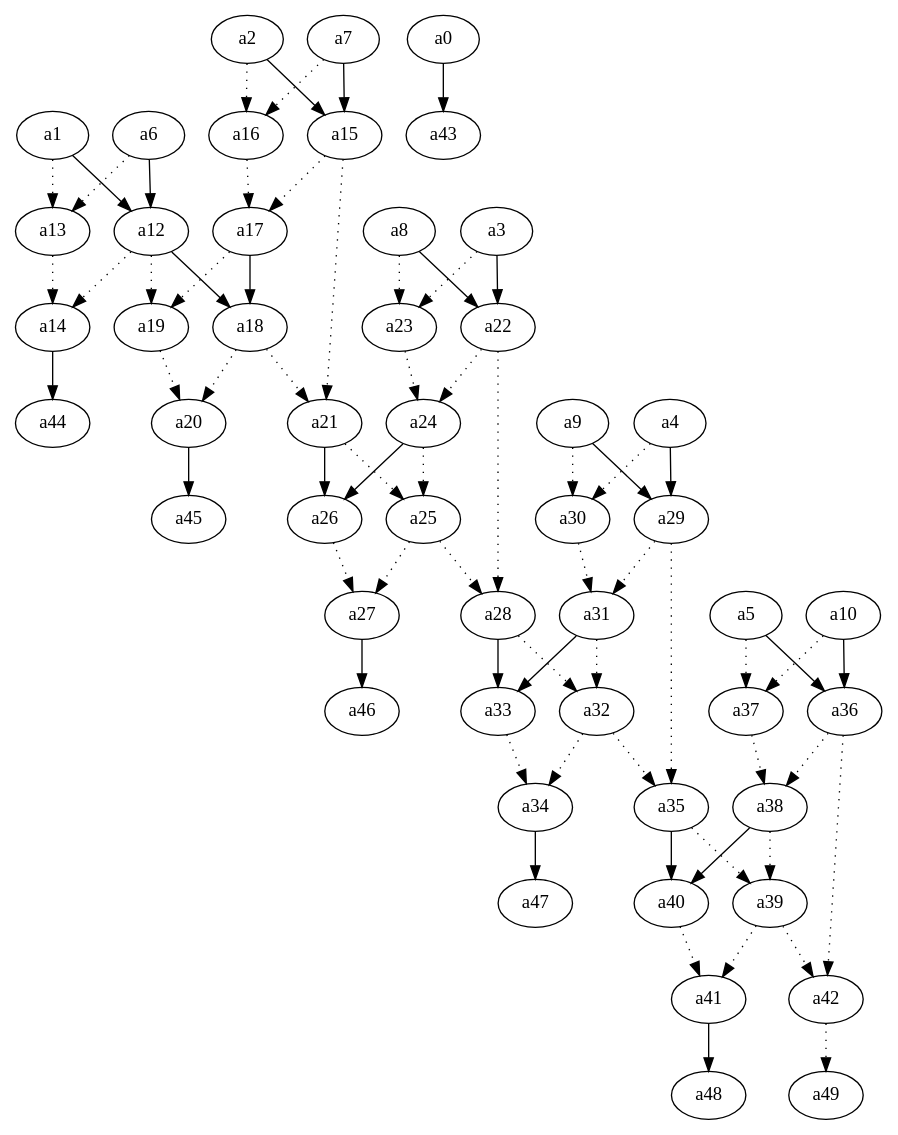
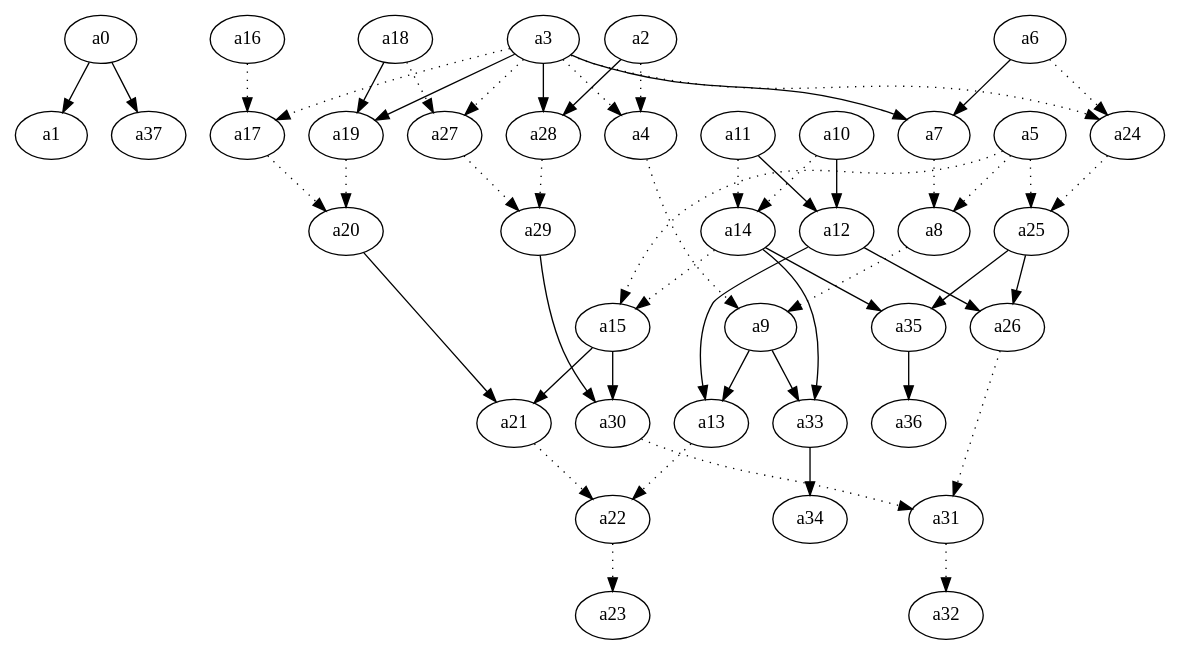
One commit to gordon0813/LSV-PA changed the diagram in src/ext-cad/test.dot. Above: the diagram before and after it, drawn with Graphviz. The commit also changed 1266 other files, not shown here.

```diff
--- a/src/ext-cad/test.dot
+++ b/src/ext-cad/test.dot
@@ -1,71 +1,54 @@
 digraph G1 {
- a1 ->  a12[ label="" ,color= "black"];
- a6 ->  a12[ label="" ,color= "black"];
- a1 ->  a13[ label=""  ,style=dotted,color= "black"];
- a6 ->  a13[ label=""  ,style=dotted,color= "black"];
- a12 ->  a14[ label=""  ,style=dotted,color= "black"];
- a13 ->  a14[ label=""  ,style=dotted,color= "black"];
- a2 ->  a15[ label="" ,color= "black"];
- a7 ->  a15[ label="" ,color= "black"];
- a2 ->  a16[ label=""  ,style=dotted,color= "black"];
- a7 ->  a16[ label=""  ,style=dotted,color= "black"];
- a15 ->  a17[ label=""  ,style=dotted,color= "black"];
+ a0 ->  a1[ label="" ,color= "black"];
+ a2 ->  a4[ label=""  ,style=dotted,color= "black"];
+ a3 ->  a4[ label=""  ,style=dotted,color= "black"];
+ a3 ->  a7[ label="" ,color= "black"];
+ a6 ->  a7[ label="" ,color= "black"];
+ a5 ->  a8[ label=""  ,style=dotted,color= "black"];
+ a7 ->  a8[ label=""  ,style=dotted,color= "black"];
+ a4 ->  a9[ label=""  ,style=dotted,color= "black"];
+ a8 ->  a9[ label=""  ,style=dotted,color= "black"];
+ a10 ->  a12[ label="" ,color= "black"];
+ a11 ->  a12[ label="" ,color= "black"];
+ a9 ->  a13[ label="" ,color= "black"];
+ a12 ->  a13[ label="" ,color= "black"];
+ a10 ->  a14[ label=""  ,style=dotted,color= "black"];
+ a11 ->  a14[ label=""  ,style=dotted,color= "black"];
+ a5 ->  a15[ label=""  ,style=dotted,color= "black"];
+ a14 ->  a15[ label=""  ,style=dotted,color= "black"];
+ a3 ->  a17[ label=""  ,style=dotted,color= "black"];
  a16 ->  a17[ label=""  ,style=dotted,color= "black"];
- a12 ->  a18[ label="" ,color= "black"];
- a17 ->  a18[ label="" ,color= "black"];
- a12 ->  a19[ label=""  ,style=dotted,color= "black"];
- a17 ->  a19[ label=""  ,style=dotted,color= "black"];
- a18 ->  a20[ label=""  ,style=dotted,color= "black"];
+ a3 ->  a19[ label="" ,color= "black"];
+ a18 ->  a19[ label="" ,color= "black"];
+ a17 ->  a20[ label=""  ,style=dotted,color= "black"];
  a19 ->  a20[ label=""  ,style=dotted,color= "black"];
- a15 ->  a21[ label=""  ,style=dotted,color= "black"];
- a18 ->  a21[ label=""  ,style=dotted,color= "black"];
- a3 ->  a22[ label="" ,color= "black"];
- a8 ->  a22[ label="" ,color= "black"];
- a3 ->  a23[ label=""  ,style=dotted,color= "black"];
- a8 ->  a23[ label=""  ,style=dotted,color= "black"];
- a22 ->  a24[ label=""  ,style=dotted,color= "black"];
- a23 ->  a24[ label=""  ,style=dotted,color= "black"];
- a21 ->  a25[ label=""  ,style=dotted,color= "black"];
+ a15 ->  a21[ label="" ,color= "black"];
+ a20 ->  a21[ label="" ,color= "black"];
+ a13 ->  a22[ label=""  ,style=dotted,color= "black"];
+ a21 ->  a22[ label=""  ,style=dotted,color= "black"];
+ a22 ->  a23[ label=""  ,style=dotted,color= "black"];
+ a3 ->  a24[ label=""  ,style=dotted,color= "black"];
+ a6 ->  a24[ label=""  ,style=dotted,color= "black"];
+ a5 ->  a25[ label=""  ,style=dotted,color= "black"];
  a24 ->  a25[ label=""  ,style=dotted,color= "black"];
- a21 ->  a26[ label="" ,color= "black"];
- a24 ->  a26[ label="" ,color= "black"];
- a25 ->  a27[ label=""  ,style=dotted,color= "black"];
- a26 ->  a27[ label=""  ,style=dotted,color= "black"];
- a22 ->  a28[ label=""  ,style=dotted,color= "black"];
- a25 ->  a28[ label=""  ,style=dotted,color= "black"];
- a4 ->  a29[ label="" ,color= "black"];
- a9 ->  a29[ label="" ,color= "black"];
- a4 ->  a30[ label=""  ,style=dotted,color= "black"];
- a9 ->  a30[ label=""  ,style=dotted,color= "black"];
- a29 ->  a31[ label=""  ,style=dotted,color= "black"];
+ a12 ->  a26[ label="" ,color= "black"];
+ a25 ->  a26[ label="" ,color= "black"];
+ a3 ->  a27[ label=""  ,style=dotted,color= "black"];
+ a18 ->  a27[ label=""  ,style=dotted,color= "black"];
+ a2 ->  a28[ label="" ,color= "black"];
+ a3 ->  a28[ label="" ,color= "black"];
+ a27 ->  a29[ label=""  ,style=dotted,color= "black"];
+ a28 ->  a29[ label=""  ,style=dotted,color= "black"];
+ a15 ->  a30[ label="" ,color= "black"];
+ a29 ->  a30[ label="" ,color= "black"];
+ a26 ->  a31[ label=""  ,style=dotted,color= "black"];
  a30 ->  a31[ label=""  ,style=dotted,color= "black"];
- a28 ->  a32[ label=""  ,style=dotted,color= "black"];
  a31 ->  a32[ label=""  ,style=dotted,color= "black"];
- a28 ->  a33[ label="" ,color= "black"];
- a31 ->  a33[ label="" ,color= "black"];
- a32 ->  a34[ label=""  ,style=dotted,color= "black"];
- a33 ->  a34[ label=""  ,style=dotted,color= "black"];
- a29 ->  a35[ label=""  ,style=dotted,color= "black"];
- a32 ->  a35[ label=""  ,style=dotted,color= "black"];
- a5 ->  a36[ label="" ,color= "black"];
- a10 ->  a36[ label="" ,color= "black"];
- a5 ->  a37[ label=""  ,style=dotted,color= "black"];
- a10 ->  a37[ label=""  ,style=dotted,color= "black"];
- a36 ->  a38[ label=""  ,style=dotted,color= "black"];
- a37 ->  a38[ label=""  ,style=dotted,color= "black"];
- a35 ->  a39[ label=""  ,style=dotted,color= "black"];
- a38 ->  a39[ label=""  ,style=dotted,color= "black"];
- a35 ->  a40[ label="" ,color= "black"];
- a38 ->  a40[ label="" ,color= "black"];
- a39 ->  a41[ label=""  ,style=dotted,color= "black"];
- a40 ->  a41[ label=""  ,style=dotted,color= "black"];
- a36 ->  a42[ label=""  ,style=dotted,color= "black"];
- a39 ->  a42[ label=""  ,style=dotted,color= "black"];
- a0 ->  a43[ label="" ,color= "black"];
- a14 ->  a44[ label="" ,color= "black"];
- a20 ->  a45[ label="" ,color= "black"];
- a27 ->  a46[ label="" ,color= "black"];
- a34 ->  a47[ label="" ,color= "black"];
- a41 ->  a48[ label="" ,color= "black"];
- a42 ->  a49[ label=""  ,style=dotted,color= "black"];
+ a9 ->  a33[ label="" ,color= "black"];
+ a14 ->  a33[ label="" ,color= "black"];
+ a33 ->  a34[ label="" ,color= "black"];
+ a14 ->  a35[ label="" ,color= "black"];
+ a25 ->  a35[ label="" ,color= "black"];
+ a35 ->  a36[ label="" ,color= "black"];
+ a0 ->  a37[ label="" ,color= "black"];
 }
```
